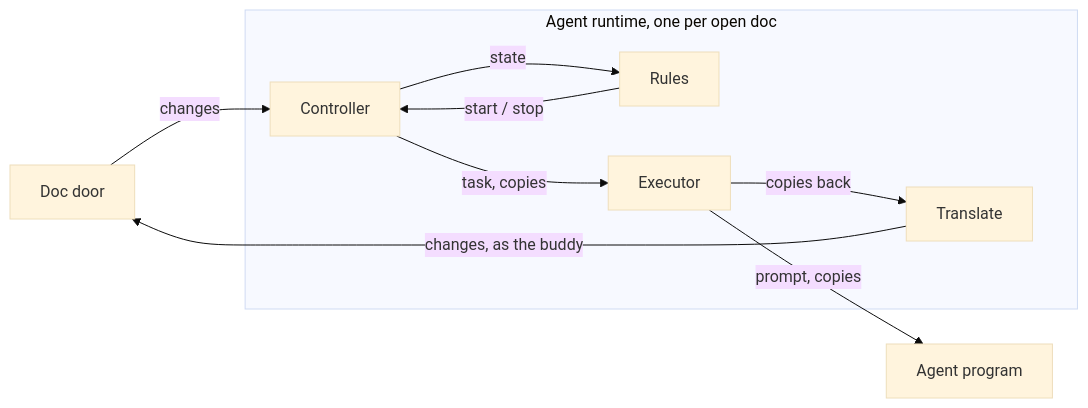
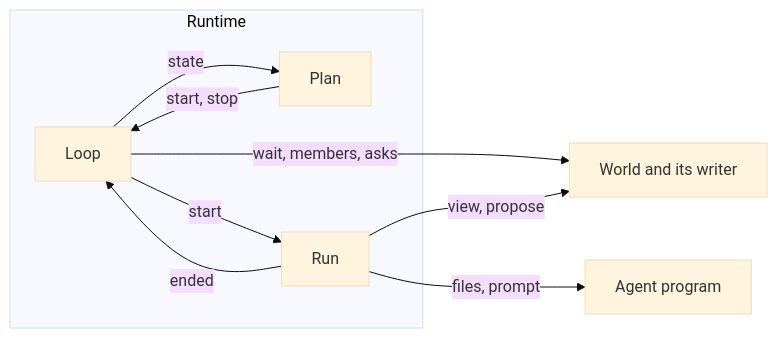
Before and after one commit to ponjo-app/ponjo: the diagram in docs/agent-runtime.md, drawn with Mermaid (base theme). The commit also changed other lines of this file and 3 other files, not shown here.

````diff
--- a/docs/agent-runtime.md
+++ b/docs/agent-runtime.md
@@ -25,12 +20,12 @@
 ```mermaid
 flowchart LR
-  door["Doc door"] -- changes --> ctl
-  subgraph rt["Agent runtime, one per open doc"]
-    ctl["Controller"] -- state --> rules["Rules"]
-    rules -- start / stop --> ctl
-    ctl -- task, copies --> exec["Executor"]
-    exec -- copies back --> tr["Translate"]
+  subgraph runtime["Runtime"]
+    loop["Loop"] -- "state" --> plan["Plan"]
+    plan -- "start, stop" --> loop
+    loop -- "start" --> run["Run"]
+    run -- "ended" --> loop
   end
-  exec -- prompt, copies --> agent["Agent program"]
-  tr -- changes, as the buddy --> door
+  loop -- "wait, members, asks" --> world["World and its writer"]
+  run -- "view, propose" --> world
+  run -- "files, prompt" --> program["Agent program"]
 ```
````
